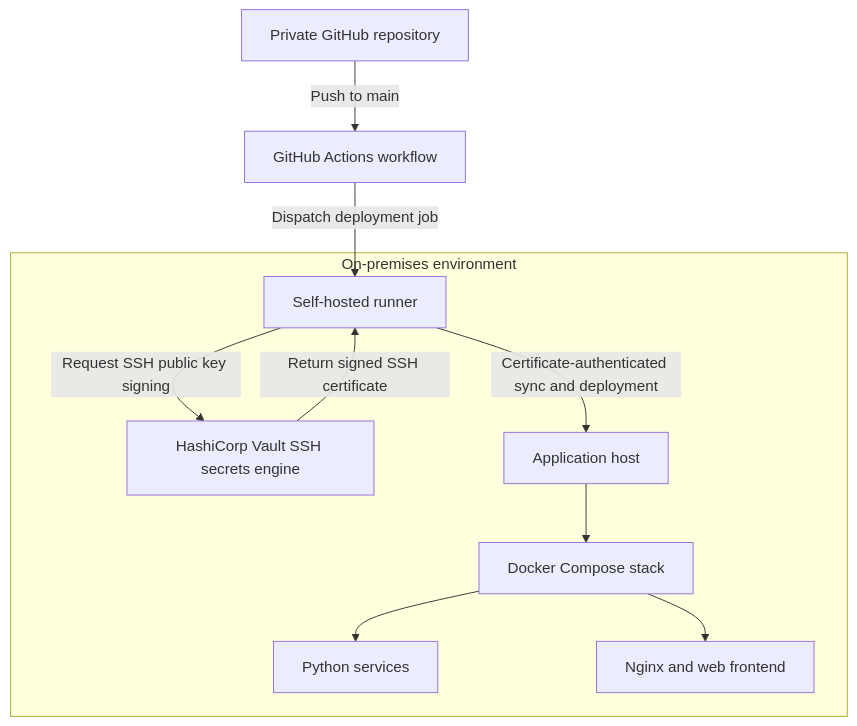
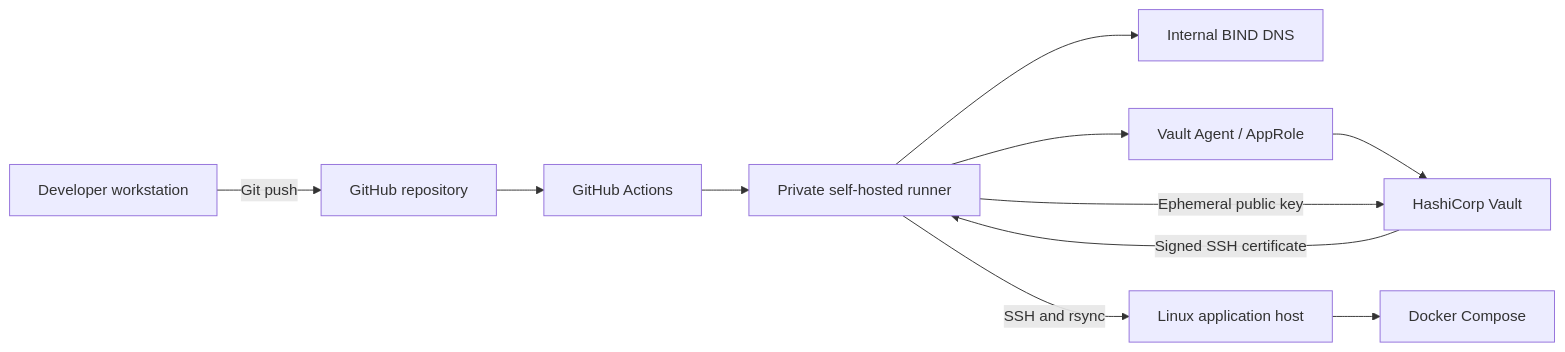
The first of 2 diagrams in ARCHITECTURE.md (lilison13/RED-PUBLIC-demo), drawn with Mermaid before and after one commit. The commit also changed other lines of this file and 4 other files, not shown here.

````diff
--- a/ARCHITECTURE.md
+++ b/ARCHITECTURE.md
@@ -33,19 +5,13 @@
 ```mermaid
-flowchart TD
-    Repo[Private GitHub repository] -->|Push to main| Actions[GitHub Actions workflow]
-    subgraph Private[On-premises environment]
-        Runner[Self-hosted runner]
-        Vault[HashiCorp Vault SSH secrets engine]
-        Host[Application host]
-        Compose[Docker Compose stack]
-        Services[Python services]
-        Nginx[Nginx and web frontend]
-        Runner -->|Request SSH public key signing| Vault
-        Vault -->|Return signed SSH certificate| Runner
-        Runner -->|Certificate-authenticated sync and deployment| Host
-        Host --> Compose
-        Compose --> Services
-        Compose --> Nginx
-    end
-    Actions -->|Dispatch deployment job| Runner
+flowchart LR
+    PC[Developer workstation] -->|Git push| GH[GitHub repository]
+    GH --> GA[GitHub Actions]
+    GA --> R[Private self-hosted runner]
+    R --> DNS[Internal BIND DNS]
+    R --> A[Vault Agent / AppRole]
+    A --> V[HashiCorp Vault]
+    R -->|Ephemeral public key| V
+    V -->|Signed SSH certificate| R
+    R -->|SSH and rsync| H[Linux application host]
+    H --> D[Docker Compose]
 ```
````
